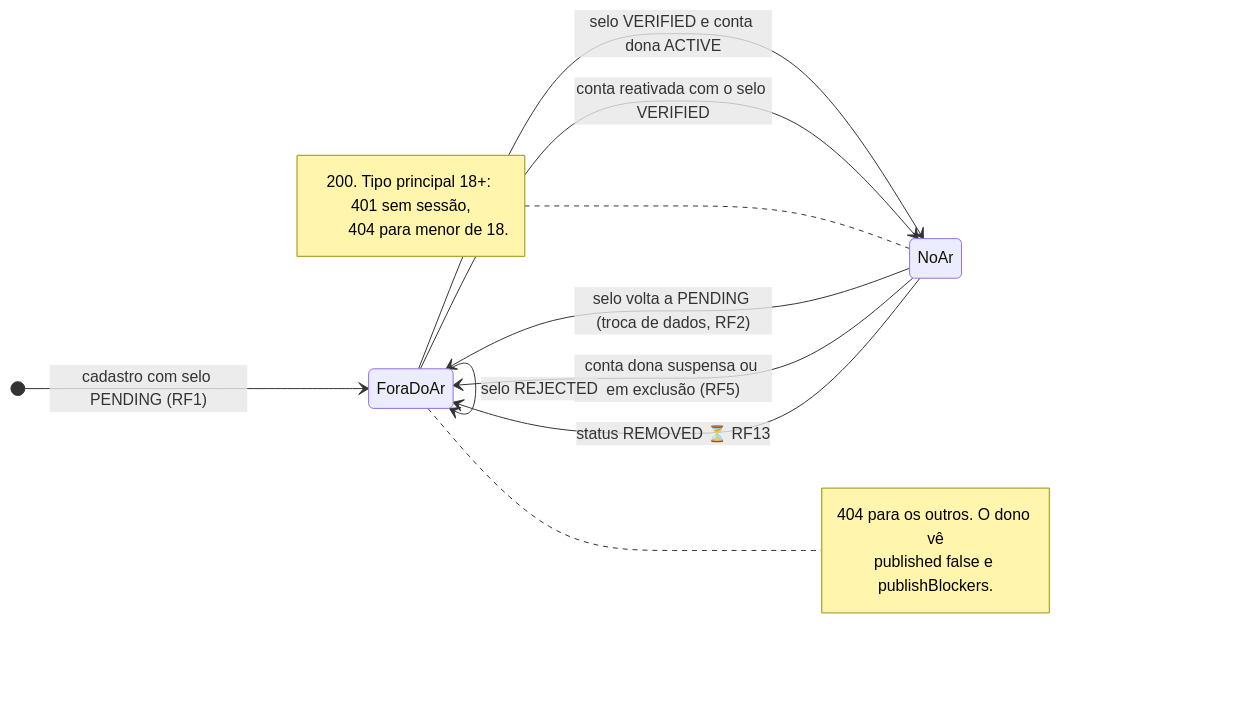
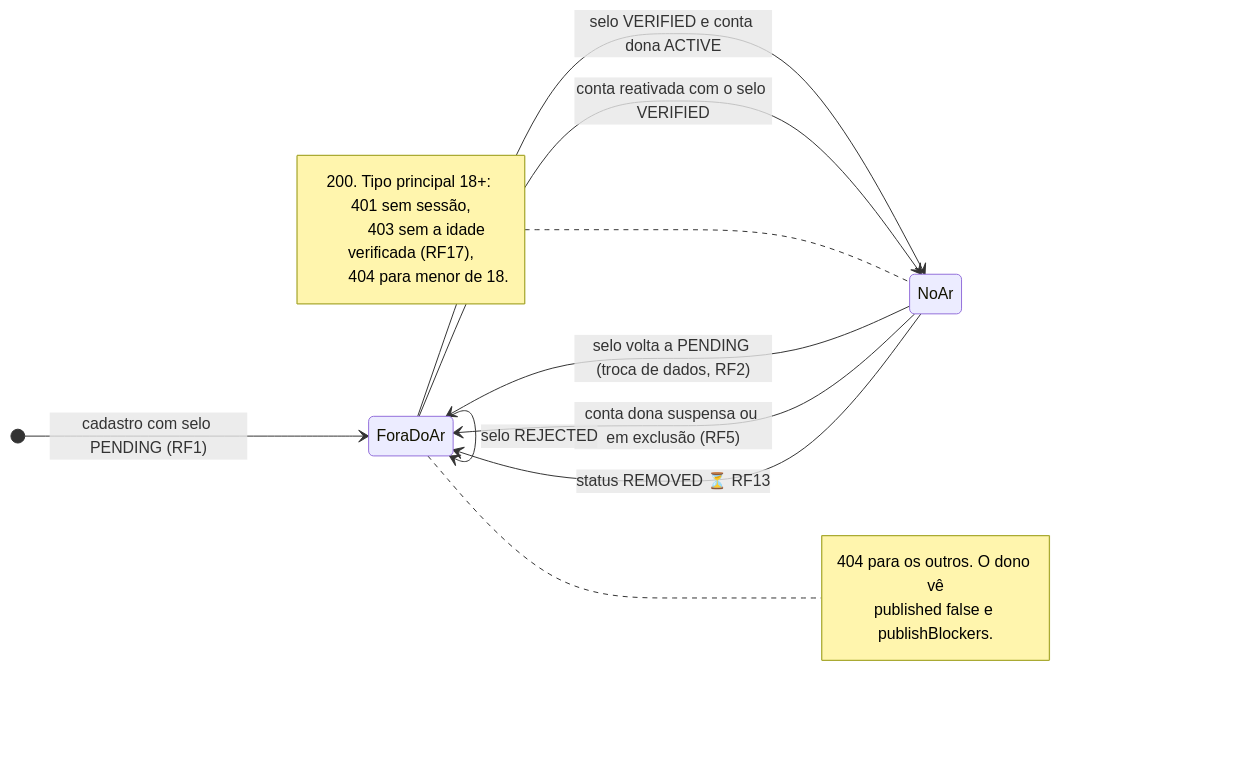
Before and after one commit to MatheusHaliski/Friendly-Eats: the second of 2 diagrams in docs/RF6/estados.md, drawn with Mermaid. The commit also changed 71 other files, not shown here.

````diff
--- a/docs/RF6/estados.md
+++ b/docs/RF6/estados.md
@@ -27,19 +27,20 @@
 ```mermaid
 stateDiagram-v2
     direction LR
     [*] --> ForaDoAr : cadastro com selo PENDING (RF1)
     ForaDoAr --> NoAr : selo VERIFIED e conta dona ACTIVE
     NoAr --> ForaDoAr : selo volta a PENDING (troca de dados, RF2)
     NoAr --> ForaDoAr : conta dona suspensa ou em exclusão (RF5)
     ForaDoAr --> NoAr : conta reativada com o selo VERIFIED
     NoAr --> ForaDoAr : status REMOVED ⏳ RF13
     ForaDoAr --> ForaDoAr : selo REJECTED
     note right of ForaDoAr
         404 para os outros. O dono vê
         published false e publishBlockers.
     end note
     note left of NoAr
         200. Tipo principal 18+: 401 sem sessão,
+        403 sem a idade verificada (RF17),
         404 para menor de 18.
     end note
 ```
````
